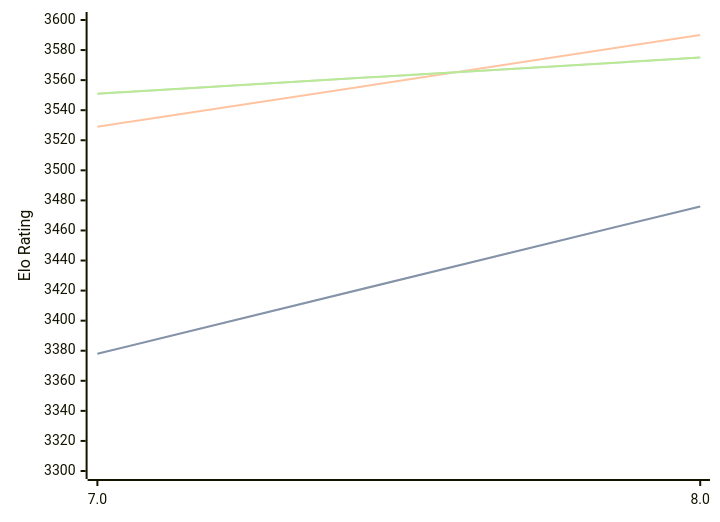
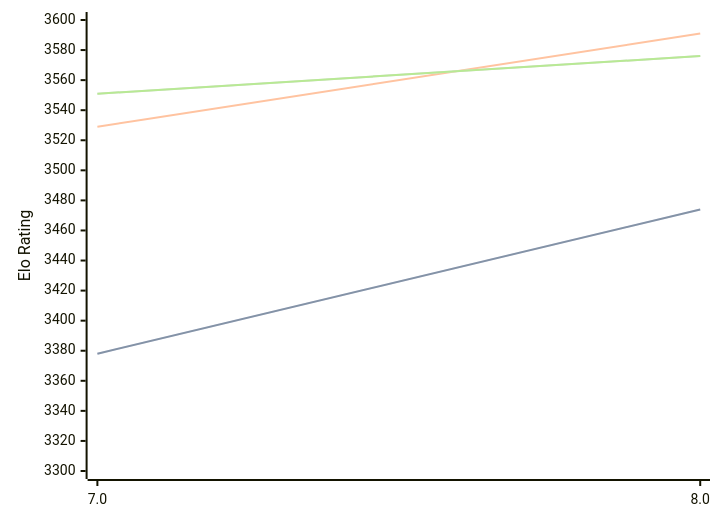
Before and after one commit to computer-chess-index/cci: the diagram in engines/Integral.md, drawn with Mermaid. The commit also changed other lines of this file, not shown here.

Commit message:
Update CCI Ratings (ELO VLTC) - 2026-09-27

````diff
--- a/engines/Integral.md
+++ b/engines/Integral.md
@@ -32,11 +32,11 @@
 ```mermaid
 %%{init: {"theme":"base","themeVariables":{"seriesColors:['#a3a3a3','#222221','#faa371']}}}%%
 xychart-beta
   x-axis ["7.0", "8.0"]
   y-axis "Elo Rating" 3300 --> 3600
-  line "" [3378, 3476]
-  line "STC (8.0+0.08s)" [3378, 3476]
-  line "LTC (60.0+0.60s)" [3529, 3590]
-  line "" [3551, 3575]
-  line "VLTC (2m24s+1.12s)" [3551, 3575]
+  line "" [3378, 3474]
+  line "STC (8.0+0.08s)" [3378, 3474]
+  line "LTC (60.0+0.60s)" [3529, 3591]
+  line "" [3551, 3576]
+  line "VLTC (2m24s+1.12s)" [3551, 3576]
 ```
````
